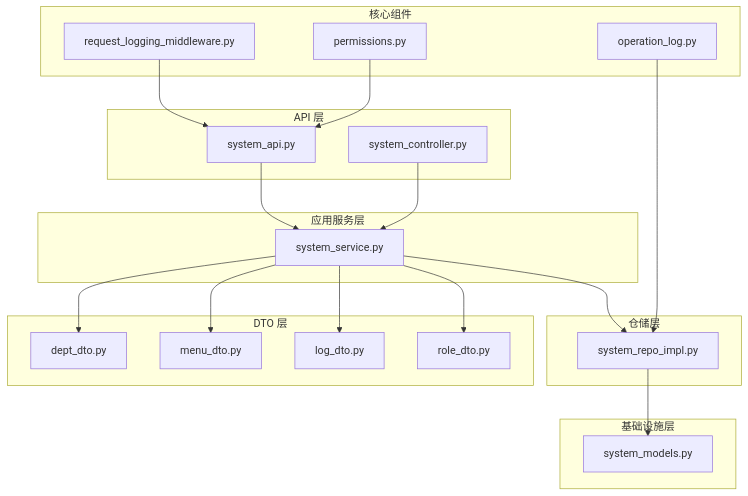
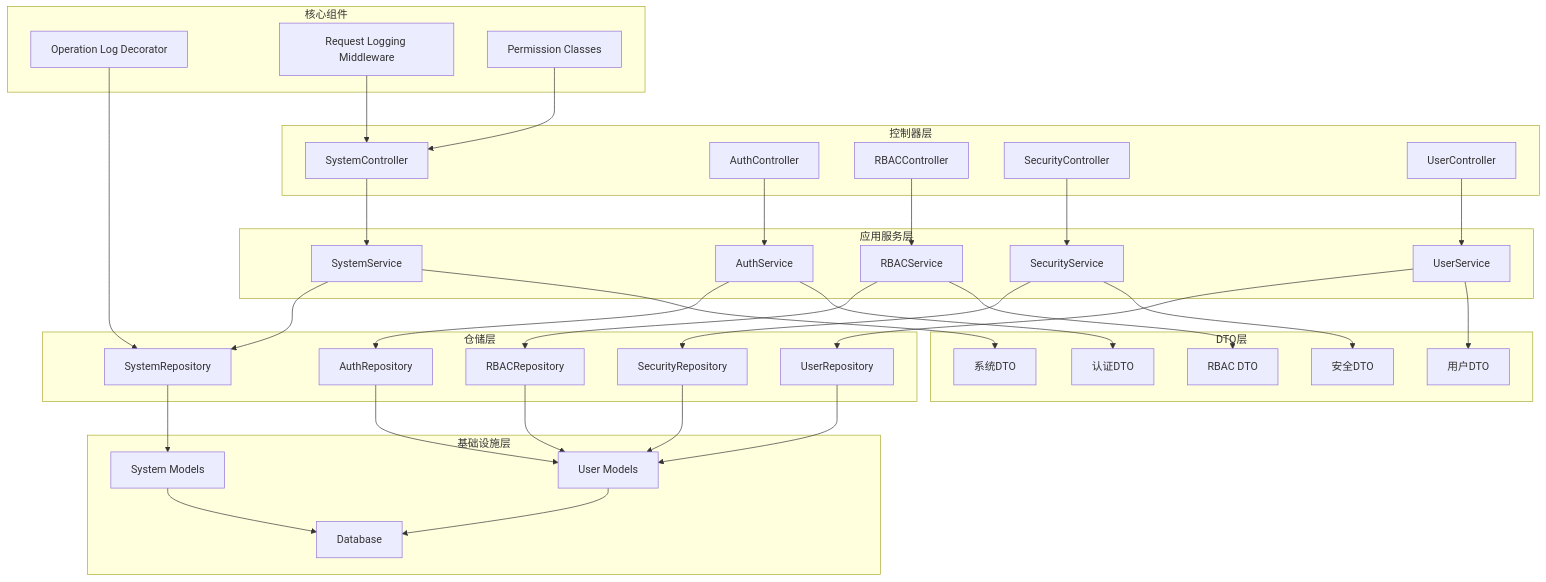
Before and after one commit to taoweidong/Hello-Django-Ninja-Api: the first of 14 diagrams in .qoder/repowiki/zh/content/API 接口文档/系统管理接口.md, drawn with Mermaid. The commit also changed other lines of this file and 7 other files, not shown here.

````diff
--- a/.qoder/repowiki/zh/content/API 接口文档/系统管理接口.md
+++ b/.qoder/repowiki/zh/content/API 接口文档/系统管理接口.md
@@ -41,38 +55,66 @@
 ```mermaid
 graph TB
-subgraph "API 层"
-A[system_api.py]
-B[system_controller.py]
+subgraph "控制器层"
+A[SystemController]
+B[AuthController]
+C[RBACController]
+D[SecurityController]
+E[UserController]
 end
 subgraph "应用服务层"
-C[system_service.py]
+F[SystemService]
+G[AuthService]
+H[RBACService]
+I[SecurityService]
+J[UserService]
 end
 subgraph "仓储层"
-D[system_repo_impl.py]
+K[SystemRepository]
+L[AuthRepository]
+M[RBACRepository]
+N[SecurityRepository]
+O[UserRepository]
 end
 subgraph "基础设施层"
-E[system_models.py]
+P[System Models]
+Q[User Models]
+R[Database]
 end
-subgraph "DTO 层"
-F[dept_dto.py]
-G[menu_dto.py]
-H[log_dto.py]
-I[role_dto.py]
+subgraph "DTO层"
+S[系统DTO]
+T[认证DTO]
+U[RBAC DTO]
+V[安全DTO]
+W[用户DTO]
 end
 subgraph "核心组件"
-J[operation_log.py]
-K[request_logging_middleware.py]
-L[permissions.py]
+X[Operation Log Decorator]
+Y[Request Logging Middleware]
+Z[Permission Classes]
 end
-A --> C
-B --> C
-C --> D
-D --> E
-C --> F
-C --> G
+A --> F
+B --> G
 C --> H
-C --> I
-J --> D
-K --> A
-L --> A
+D --> I
+E --> J
+F --> K
+G --> L
+H --> M
+I --> N
+J --> O
+K --> P
+L --> Q
+M --> Q
+N --> Q
+O --> Q
+P --> R
+Q --> R
+F --> S
+G --> T
+H --> U
+I --> V
+J --> W
+X --> K
+Y --> A
+Z --> A
 ```
````
